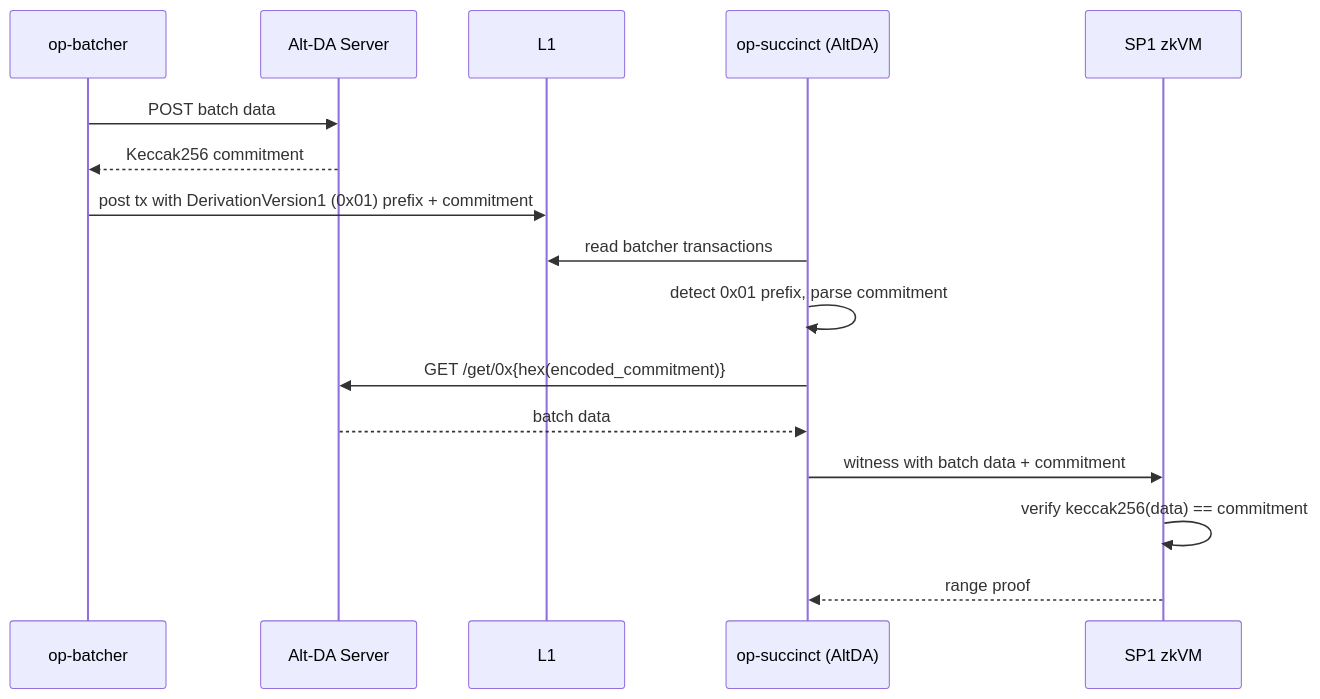
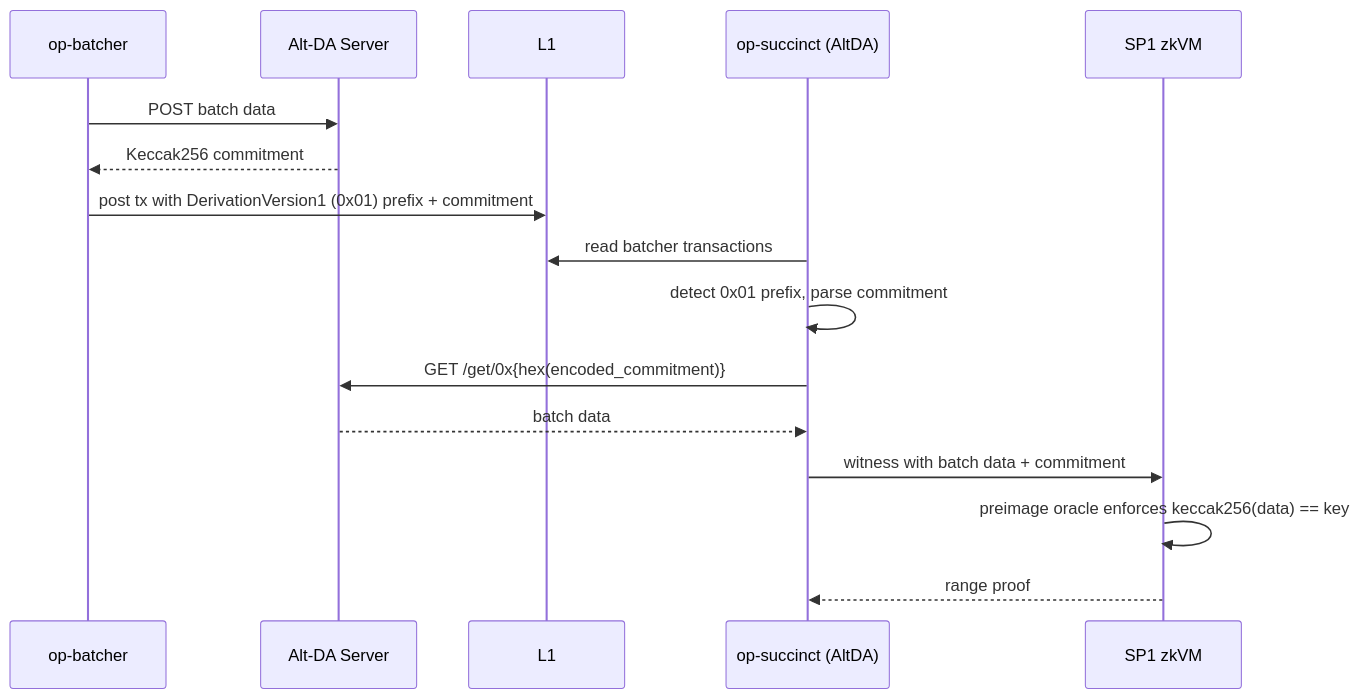
One commit to succinctlabs/op-succinct changed the diagram in book/validity/experimental/altda.md. Above: the diagram before and after it, drawn with Mermaid. The commit also changed other lines of this file, not shown here.

````diff
--- a/book/validity/experimental/altda.md
+++ b/book/validity/experimental/altda.md
@@ -17,19 +17,19 @@
 ```mermaid
 sequenceDiagram
     participant Batcher as op-batcher
     participant DA as Alt-DA Server
     participant L1 as L1
     participant Proposer as op-succinct (AltDA)
     participant zkVM as SP1 zkVM
 
     Batcher->>DA: POST batch data
     DA-->>Batcher: Keccak256 commitment
     Batcher->>L1: post tx with DerivationVersion1 (0x01) prefix + commitment
     Proposer->>L1: read batcher transactions
     Proposer->>Proposer: detect 0x01 prefix, parse commitment
     Proposer->>DA: GET /get/0x{hex(encoded_commitment)}
     DA-->>Proposer: batch data
     Proposer->>zkVM: witness with batch data + commitment
-    zkVM->>zkVM: verify keccak256(data) == commitment
+    zkVM->>zkVM: preimage oracle enforces keccak256(data) == key
     zkVM-->>Proposer: range proof
 ```
````
